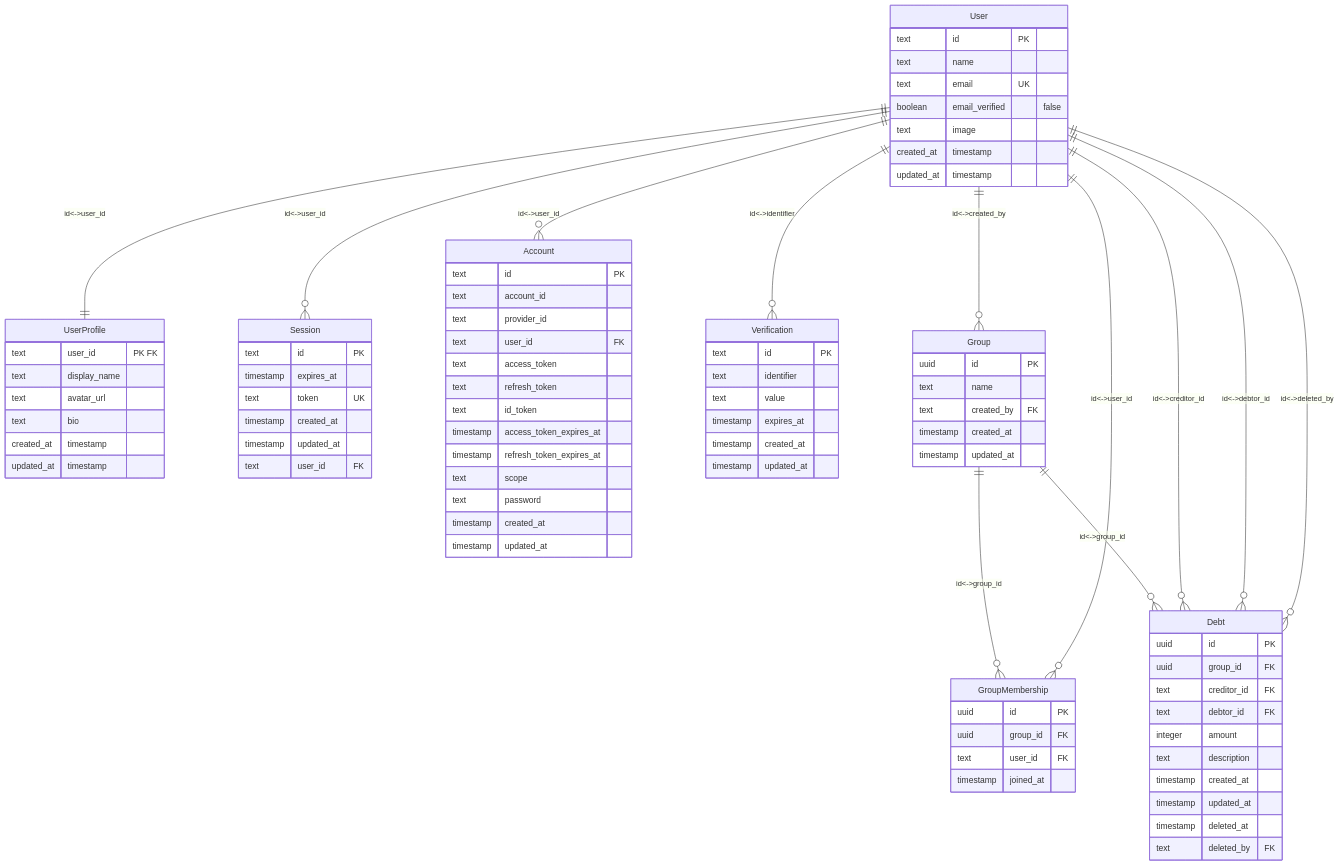
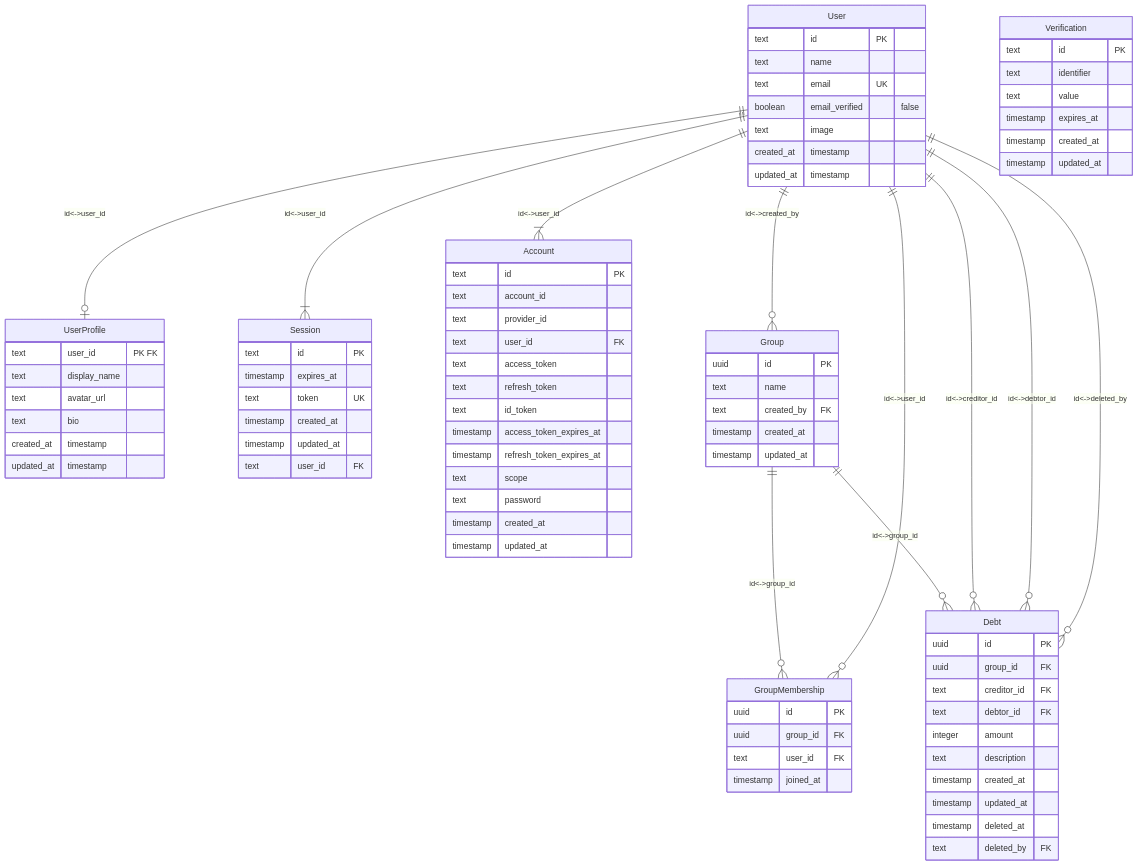
Before and after one commit to Pay-Crew/pay-crew2: the third of 4 diagrams in README.md, drawn with Mermaid. The commit also changed 1 other file, not shown here.

```diff
--- a/README.md
+++ b/README.md
@@ -389,11 +389,10 @@
         text deleted_by FK
     }
 
-    User ||--o{ Session : "id<->user_id"
-    User ||--o{ Account : "id<->user_id"
-    User ||--o{ Verification : "id<->identifier"
+    User ||--|{ Session : "id<->user_id"
+    User ||--|{ Account : "id<->user_id"
 
-    User ||--|| UserProfile : "id<->user_id"
+    User ||--o| UserProfile : "id<->user_id"
 
     User ||--o{ Group : "id<->created_by"
 
```
